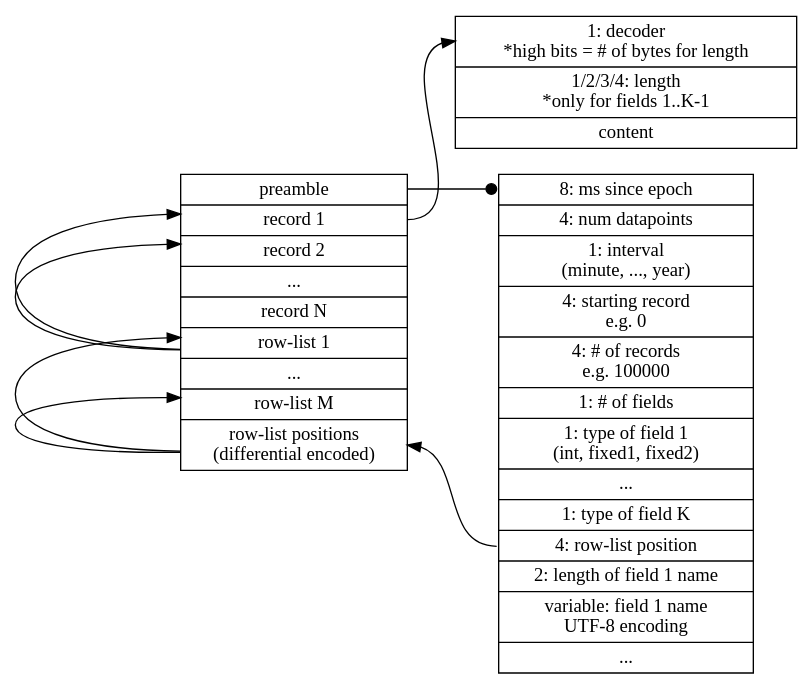
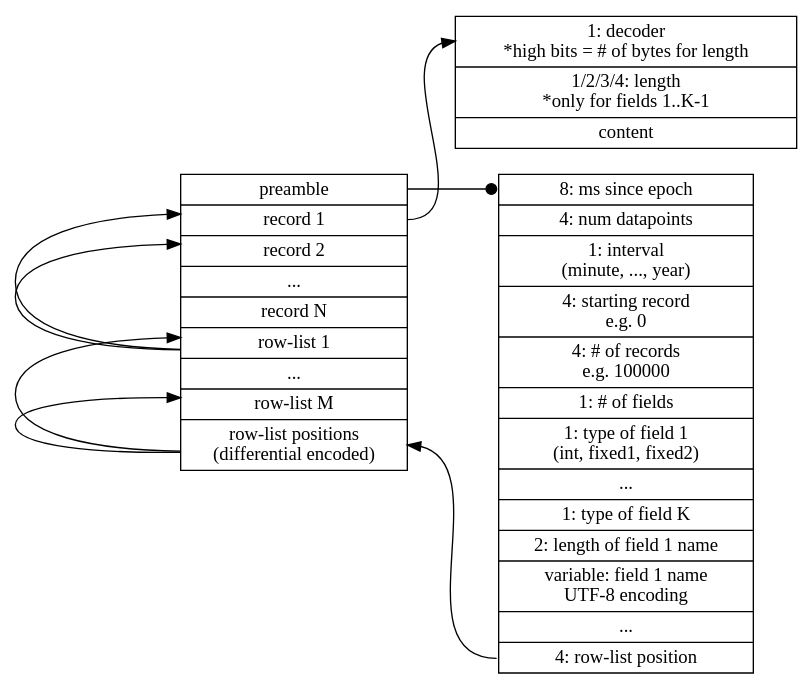
Before and after one commit to cldellow/manu: the diagram in format/format.dot, drawn with Graphviz. The commit also changed 4 other files, not shown here.

```diff
--- a/format/format.dot
+++ b/format/format.dot
@@ -1,47 +1,47 @@
 digraph structs {
   node [shape=record];
   rankdir=LR;
 
   composite [ label ="<preamble> preamble |
   <record1> record 1 |
   <record2> record 2 |
   ... |
   record N |
   <rowlist1> row-list 1 |
   ... |
   <rowlistm> row-list M |
   <rowlistpos> row-list positions\n(differential encoded)
 
   " ];
 
   preamble [ label="<epoch> 8: ms since epoch |
   4: num datapoints |
   1: interval\n(minute, ..., year) |
   4: starting record\ne.g. 0 |
   4: # of records\ne.g. 100000 |
   1: # of fields |
   1: type of field 1\n(int, fixed1, fixed2) |
   ... |
   1: type of field K |
-  <rowlistpos> 4: row-list position |
   2: length of field 1 name |
   variable: field 1 name\nUTF-8 encoding |
-  ...
+  ... |
+  <rowlistpos> 4: row-list position
   " ];
 
   record [ label = "<decoder>1: decoder\n*high bits = # of bytes for length |
   1/2/3/4: length\n*only for fields 1..K-1 |
   content
   " ];
 
   composite:preamble -> preamble:epoch [arrowhead=dot];
 
   preamble:rowlistpos -> composite:rowlistpos;
 
   composite:rowlistpos -> composite:rowlist1;
   composite:rowlistpos -> composite:rowlistm;
 
   composite:record1 -> record:decoder;
   composite:rowlist1 -> composite:record1;
   composite:rowlist1 -> composite:record2;
 }
```
